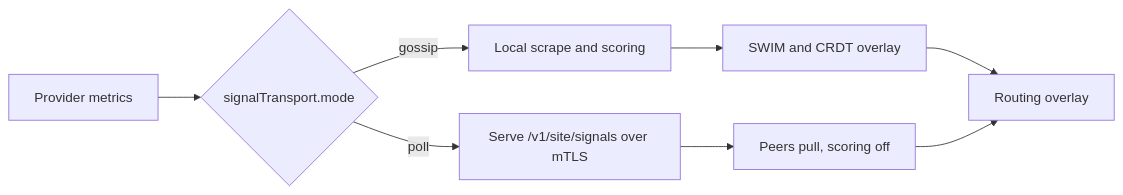
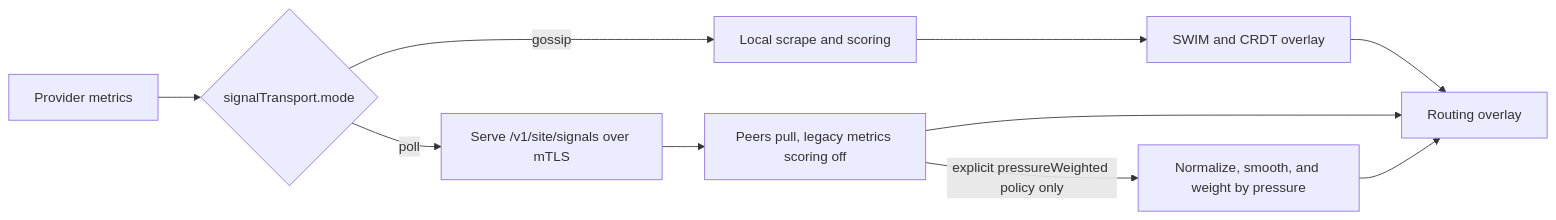
The diagram in docs/architecture/signals.md (praxis-proxy/grid), drawn with Mermaid before and after one commit. The commit also changed other lines of this file and 19 other files, not shown here.

Commit message:
feat(operator): derive weighted placement from Grid signals

````diff
--- a/docs/architecture/signals.md
+++ b/docs/architecture/signals.md
@@ -9,6 +9,9 @@
 ```mermaid
 flowchart LR
   P[Provider metrics] --> M{signalTransport.mode}
   M -->|gossip| G[Local scrape and scoring] --> C[SWIM and CRDT overlay] --> O[Routing overlay]
-  M -->|poll| S[Serve /v1/site/signals over mTLS] --> D[Peers pull, scoring off] --> O
+  M -->|poll| S[Serve /v1/site/signals over mTLS] --> D[Peers pull, legacy metrics scoring off]
+  D --> O[Routing overlay]
+  D -->|explicit pressureWeighted policy only| W[Normalize, smooth, and weight by pressure]
+  W --> O
 ```
````
